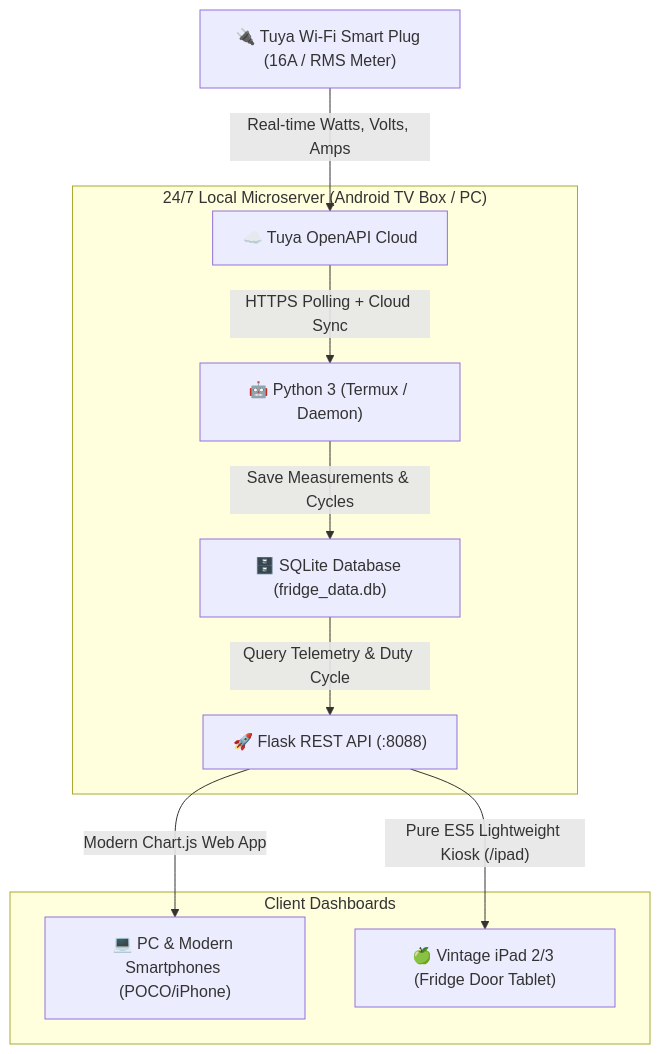
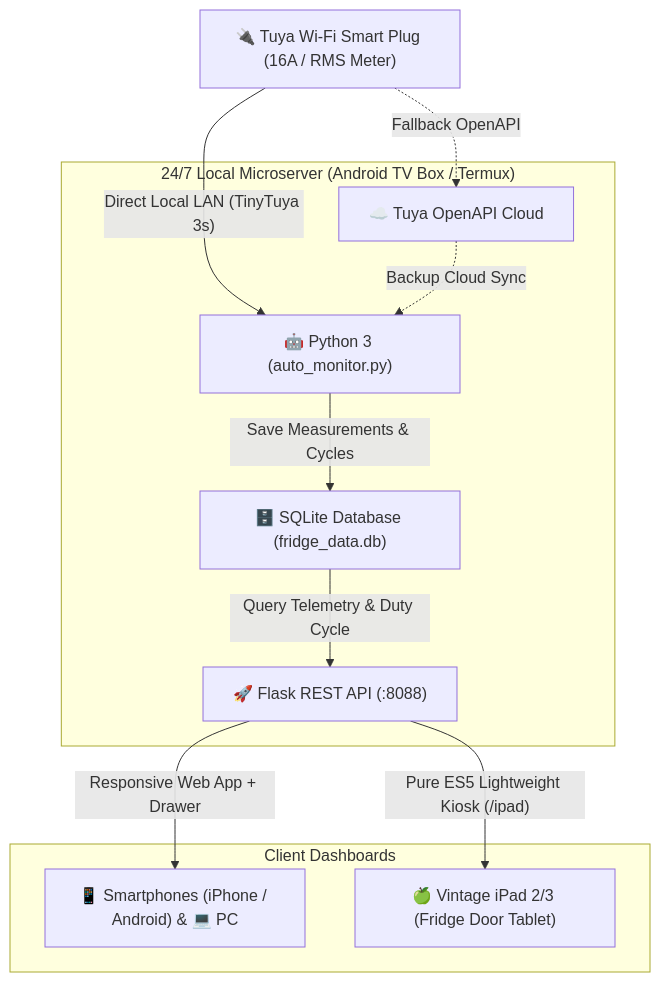
The diagram in README.md (ALEVOLDON/SmartFridge-Telemetry-Kiosk), drawn with Mermaid before and after one commit. The commit also changed other lines of this file, not shown here.

Commit message:
docs(readme): update README with new folder structure, LAN direct polling, audio engine, mobile drawer, and PDF printing

````diff
--- a/README.md
+++ b/README.md
@@ -42,19 +44,20 @@
 ```mermaid
 graph TD
-    A["🔌 Tuya Wi-Fi Smart Plug (16A / RMS Meter)"] -->|"Real-time Watts, Volts, Amps"| B["☁️ Tuya OpenAPI Cloud"]
+    A["🔌 Tuya Wi-Fi Smart Plug (16A / RMS Meter)"] -->|"Direct Local LAN (TinyTuya 3s)"| C
+    A -.->|"Fallback OpenAPI"| B["☁️ Tuya OpenAPI Cloud"]
     
-    subgraph "24/7 Local Microserver (Android TV Box / PC)"
-        C["🤖 Python 3 (Termux / Daemon)"]
+    subgraph "24/7 Local Microserver (Android TV Box / Termux)"
+        C["🤖 Python 3 (auto_monitor.py)"]
         D["🗄️ SQLite Database (fridge_data.db)"]
         E["🚀 Flask REST API (:8088)"]
         
-        B -->|"HTTPS Polling + Cloud Sync"| C
+        B -.->|"Backup Cloud Sync"| C
         C -->|"Save Measurements & Cycles"| D
         D -->|"Query Telemetry & Duty Cycle"| E
     end
     
     subgraph "Client Dashboards"
-        E -->|"Modern Chart.js Web App"| F["💻 PC & Modern Smartphones (POCO/iPhone)"]
+        E -->|"Responsive Web App + Drawer"| F["📱 Smartphones (iPhone / Android) & 💻 PC"]
         E -->|"Pure ES5 Lightweight Kiosk (/ipad)"| G["🍏 Vintage iPad 2/3 (Fridge Door Tablet)"]
     end
 ```
````
